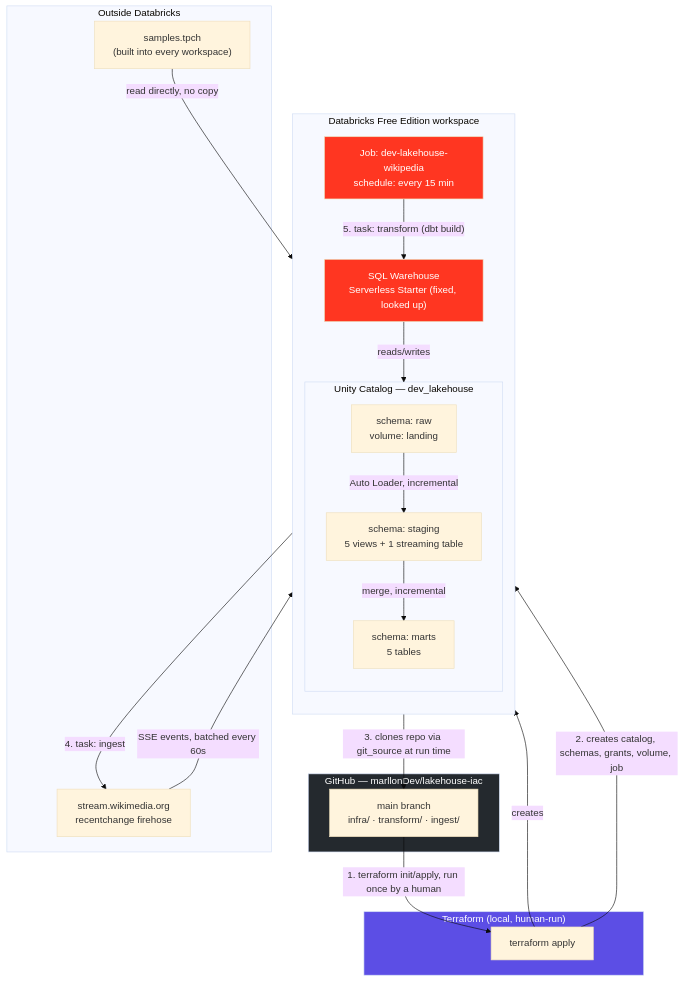
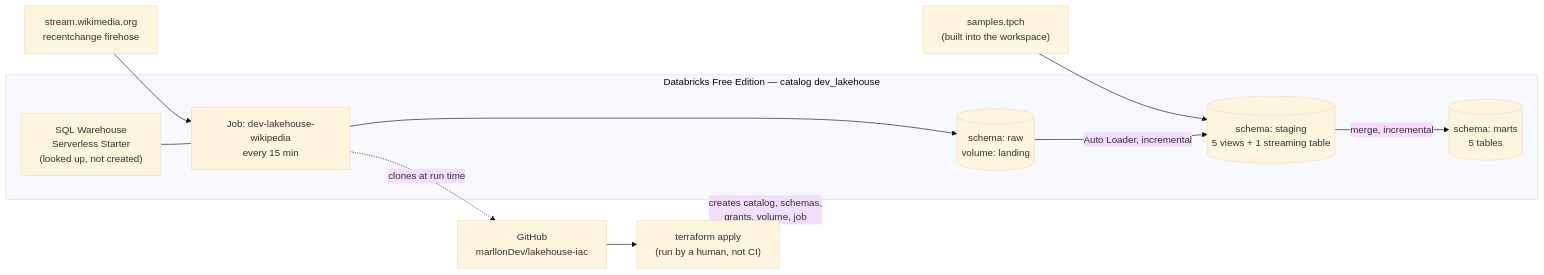
Before and after one commit to marllonDev/lakehouse-iac: the first of 3 diagrams in ARCHITECTURE.md, drawn with Mermaid (base theme). The commit also changed other lines of this file and 3 other files, not shown here.

First line of the commit message:
feat: publish dbt docs to GitHub Pages, fix the architecture diagram

````diff
--- a/ARCHITECTURE.md
+++ b/ARCHITECTURE.md
@@ -11,47 +15,27 @@
 ```mermaid
-flowchart TB
-    subgraph gh["GitHub — marllonDev/lakehouse-iac"]
-        repo["main branch<br/>infra/ · transform/ · ingest/"]
+flowchart LR
+    repo["GitHub<br/>marllonDev/lakehouse-iac"]
+    human["terraform apply<br/>(run by a human, not CI)"]
+
+    subgraph dbx ["Databricks Free Edition — catalog dev_lakehouse"]
+        raw[("schema: raw<br/>volume: landing")]
+        staging[("schema: staging<br/>5 views + 1 streaming table")]
+        marts[("schema: marts<br/>5 tables")]
+        wh["SQL Warehouse<br/>Serverless Starter<br/>(looked up, not created)"]
+        job["Job: dev-lakehouse-wikipedia<br/>every 15 min"]
     end
 
-    subgraph tf["Terraform (local, human-run)"]
-        apply["terraform apply"]
-    end
+    tpch["samples.tpch<br/>(built into the workspace)"]
+    wiki["stream.wikimedia.org<br/>recentchange firehose"]
 
-    subgraph dbx["Databricks Free Edition workspace"]
-        direction TB
+    repo --> human
+    human ==>|"creates catalog, schemas,<br/>grants, volume, job"| dbx
+    job -.->|"clones at run time"| repo
 
-        subgraph uc["Unity Catalog — dev_lakehouse"]
-            raw["schema: raw<br/>volume: landing"]
-            staging["schema: staging<br/>5 views + 1 streaming table"]
-            marts["schema: marts<br/>5 tables"]
-        end
-
-        job["Job: dev-lakehouse-wikipedia<br/>schedule: every 15 min"]
-        wh["SQL Warehouse<br/>Serverless Starter (fixed, looked up)"]
-    end
-
-    subgraph ext["Outside Databricks"]
-        tpch["samples.tpch<br/>(built into every workspace)"]
-        wiki["stream.wikimedia.org<br/>recentchange firehose"]
-    end
-
-    repo -- "1. terraform init/apply, run once by a human" --> apply
-    apply -- "2. creates catalog, schemas, grants, volume, job" --> uc
-    apply -- "creates" --> job
-
-    job -- "3. clones repo via git_source at run time" --> repo
-    job -- "4. task: ingest" --> wiki
-    wiki -- "SSE events, batched every 60s" --> raw
-    job -- "5. task: transform (dbt build)" --> wh
-    wh -- "reads/writes" --> uc
-    tpch -- "read directly, no copy" --> staging
-
-    raw -- "Auto Loader, incremental" --> staging
-    staging -- "merge, incremental" --> marts
-
-    style gh fill:#24292e,color:#fff
-    style tf fill:#5c4ee5,color:#fff
-    style job fill:#ff3621,color:#fff
-    style wh fill:#ff3621,color:#fff
+    wiki --> job
+    job --> raw
+    tpch --> staging
+    raw -->|"Auto Loader, incremental"| staging
+    staging -->|"merge, incremental"| marts
+    wh --- job
 ```
````
